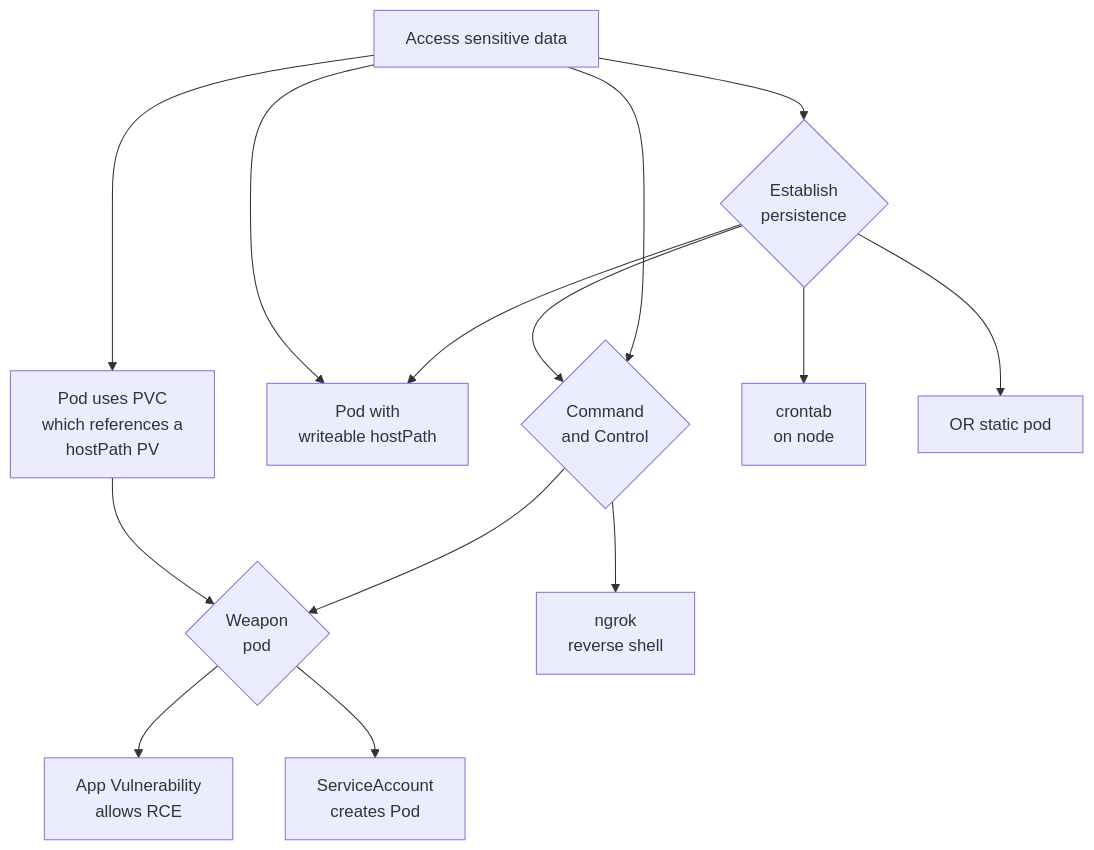
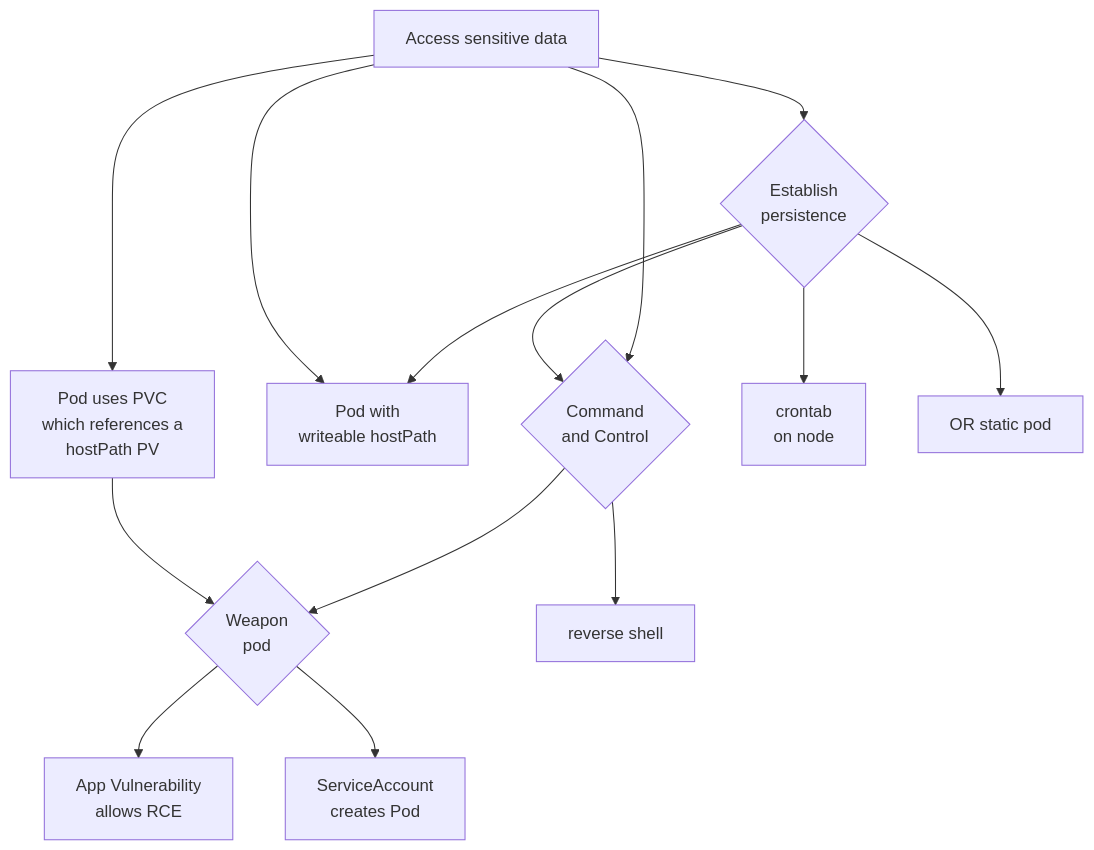
Before and after one commit to k8sstormcenter/honeycluster: the second of 2 diagrams in README.md, drawn with Mermaid. The commit also changed other lines of this file, not shown here.

````diff
--- a/README.md
+++ b/README.md
@@ -167,16 +168,16 @@
 ```mermaid
 flowchart TD
     A[Access sensitive data] --> B{Establish \npersistence}
     A --> C{Command \nand Control}
     B --> BB[Pod with \nwriteable hostPath]
     A --> BB
     A --> H[Pod uses PVC \nwhich references a \nhostPath PV]
     B --> BC[crontab \non node]
     B --> BD[OR static pod ]
     B --> C
     C --> D{Weapon \npod}
     H --> D
-    C --> DE[ngrok\n reverse shell]
+    C --> DE[reverse shell]
     D --> E[App Vulnerability\nallows RCE]
     D --> EE[ServiceAccount \n creates Pod]
 ```
````
